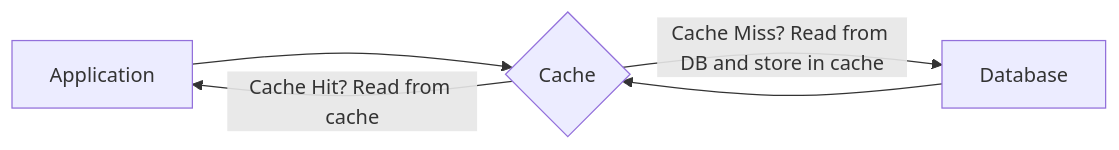
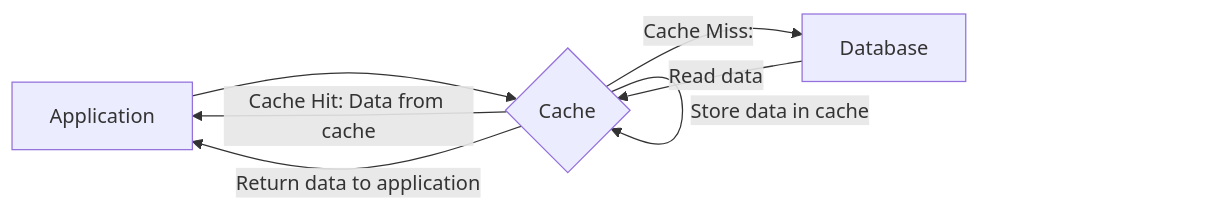
One commit to alaminedione/leJardinDesNotes changed the first of 4 diagrams in content/system-design-concepts/31-strategies-de-mise-en-cache.md. Above: the diagram before and after it, drawn with Mermaid. The commit also changed other lines of this file and 30 other files, not shown here.

````diff
--- a/content/system-design-concepts/31-strategies-de-mise-en-cache.md
+++ b/content/system-design-concepts/31-strategies-de-mise-en-cache.md
@@ -25,7 +49,9 @@
 ```mermaid
 graph LR
     A[Application] --> C{Cache}
-    C -->|Cache Hit? Read from cache| A
-    C -->|Cache Miss? Read from DB and store in cache| D[Database]
-    D --> C
+    C -->|Cache Hit: Data from cache| A
+    C -->|Cache Miss:| DB[Database]
+    DB -->|Read data| C
+    C -->|Store data in cache| C
+    C -->|Return data to application| A
 ```
````
